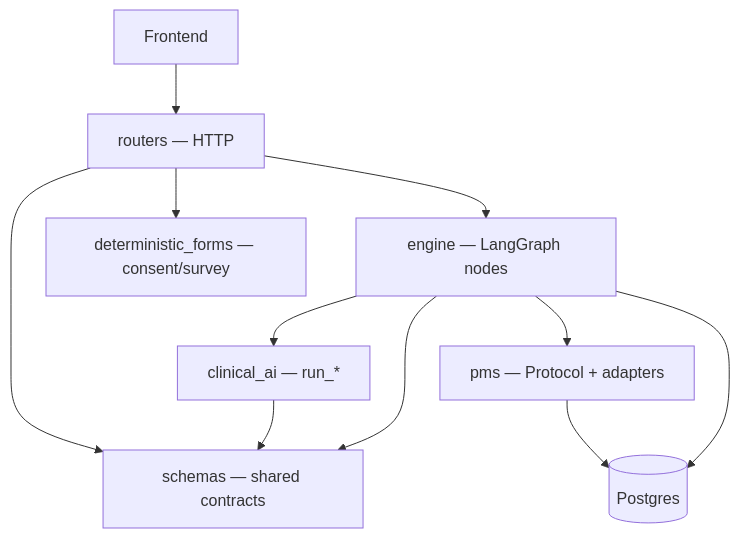
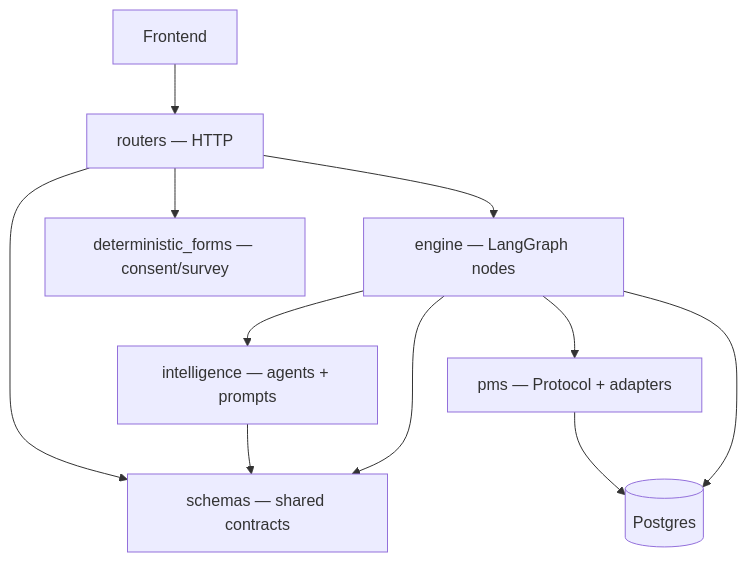
The first of 4 diagrams in docs/structures/structure.md (Align-Health-Tech/Align-Main), drawn with Mermaid before and after one commit. The commit also changed other lines of this file and 138 other files, not shown here.

````diff
--- a/docs/structures/structure.md
+++ b/docs/structures/structure.md
@@ -9,20 +7,20 @@
 ```mermaid
 flowchart TB
   FE[Frontend]
   R[routers — HTTP]
   E[engine — LangGraph nodes]
   S[schemas — shared contracts]
-  CAI[clinical_ai — run_*]
+  INT[intelligence — agents + prompts]
   PMS[pms — Protocol + adapters]
   DB[(Postgres)]
 
   FE --> R --> E
   R --> DF[deterministic_forms — consent/survey]
   E --> S
-  CAI --> S
+  INT --> S
   R --> S
-  E --> CAI
+  E --> INT
   E --> PMS
   E --> DB
   PMS --> DB
 ```
````
